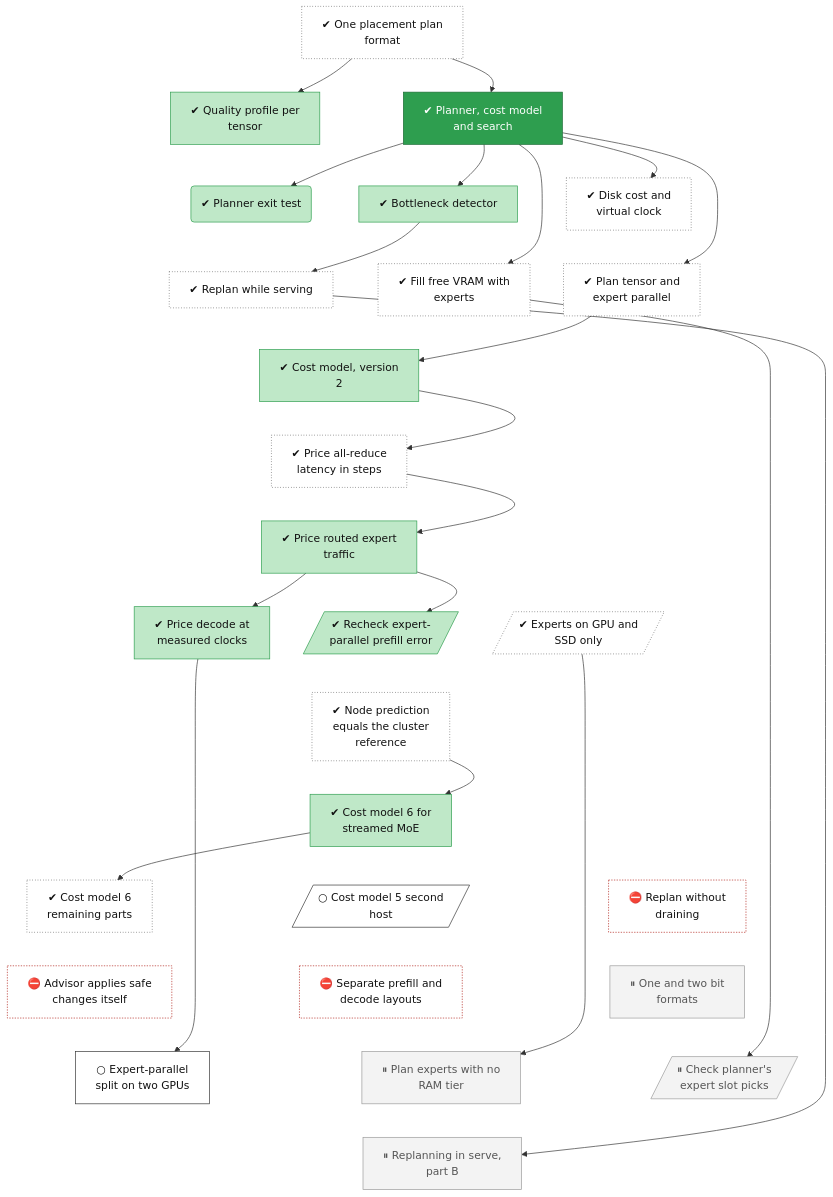
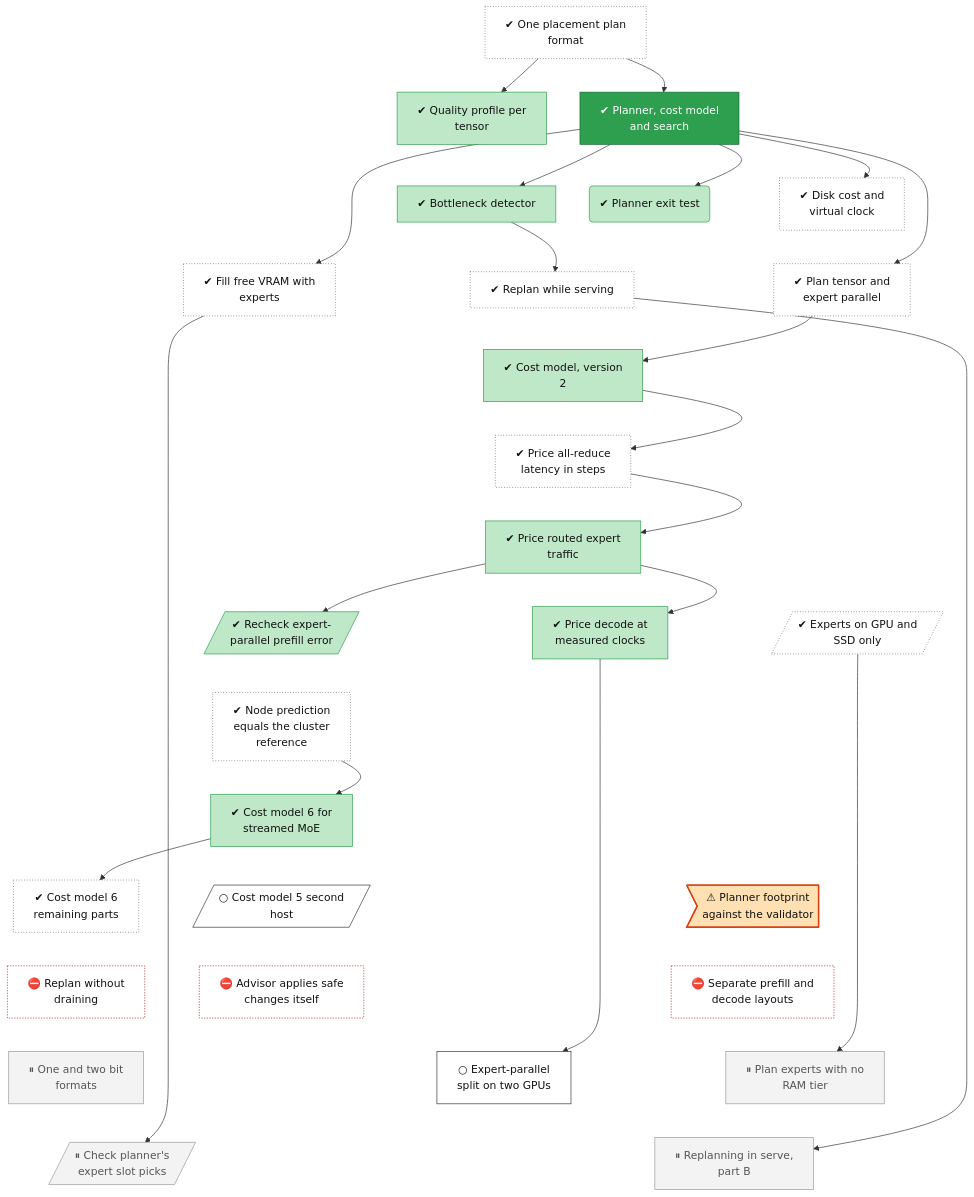
One commit to lhns/tetraeder changed the diagram in docs/roadmap/tracks/planner.md. Above: the diagram before and after it, drawn with Mermaid. The commit also changed other lines of this file and 4 other files, not shown here.

Commit message:
Tree: cluster-step-tokens-from-plan and planner-footprint-validator-gap (open items from pipelined prefill and cost model 6 rest) (not measured)

````diff
--- a/docs/roadmap/tracks/planner.md
+++ b/docs/roadmap/tracks/planner.md
@@ -28,6 +28,7 @@
     planner_costmodel_stream_terms["✔ Cost model 6 for<br/>streamed MoE"]
     planner_costmodel_v6_rest["✔ Cost model 6<br/>remaining parts"]
     planner_cost_model_v5_host2[/"○ Cost model 5 second<br/>host"/]
+    planner_footprint_validator_gap>"⚠ Planner footprint<br/>against the validator"]
     planner_live_replan["⛔ Replan without<br/>draining"]
     planner_advisor_auto["⛔ Advisor applies safe<br/>changes itself"]
     planner_split_layouts["⛔ Separate prefill and<br/>decode layouts"]
@@ -58,16 +59,16 @@
     planner_node_predict_check ~~~ planner_costmodel_stream_terms
     planner_costmodel_stream_terms ~~~ planner_costmodel_v6_rest
     planner_costmodel_stream_terms ~~~ planner_cost_model_v5_host2
-    planner_costmodel_stream_terms ~~~ planner_live_replan
-    planner_costmodel_v6_rest ~~~ planner_advisor_auto
-    planner_cost_model_v5_host2 ~~~ planner_split_layouts
+    planner_costmodel_stream_terms ~~~ planner_footprint_validator_gap
+    planner_costmodel_v6_rest ~~~ planner_live_replan
+    planner_cost_model_v5_host2 ~~~ planner_advisor_auto
+    planner_footprint_validator_gap ~~~ planner_split_layouts
     planner_live_replan ~~~ planner_low_bit_formats
     planner_advisor_auto ~~~ planner_ep_split
     planner_split_layouts ~~~ planner_ram_slots_zero
     planner_low_bit_formats ~~~ planner_slot_campaign
     planner_ep_split ~~~ planner_replan_part_b
     planner_ram_slots_zero ~~~ planner_replan_part_b
-    planner_slot_campaign ~~~ planner_replan_part_b
     planner_plan_ir --> planner_quality
     planner_plan_ir --> planner_core
     planner_core --> planner_exit
@@ -105,6 +106,7 @@
     class planner_quality,planner_exit,planner_detector,planner_cost_v2,planner_cost_v4,planner_cost_model_v5,planner_ep_prefill_recheck,planner_costmodel_stream_terms succ
     class planner_core vsucc
     class planner_cost_model_v5_host2,planner_ep_split next
+    class planner_footprint_validator_gap finding
     class planner_live_replan,planner_advisor_auto,planner_split_layouts blocked
     class planner_low_bit_formats,planner_ram_slots_zero,planner_slot_campaign,planner_replan_part_b parked
 ```
````
